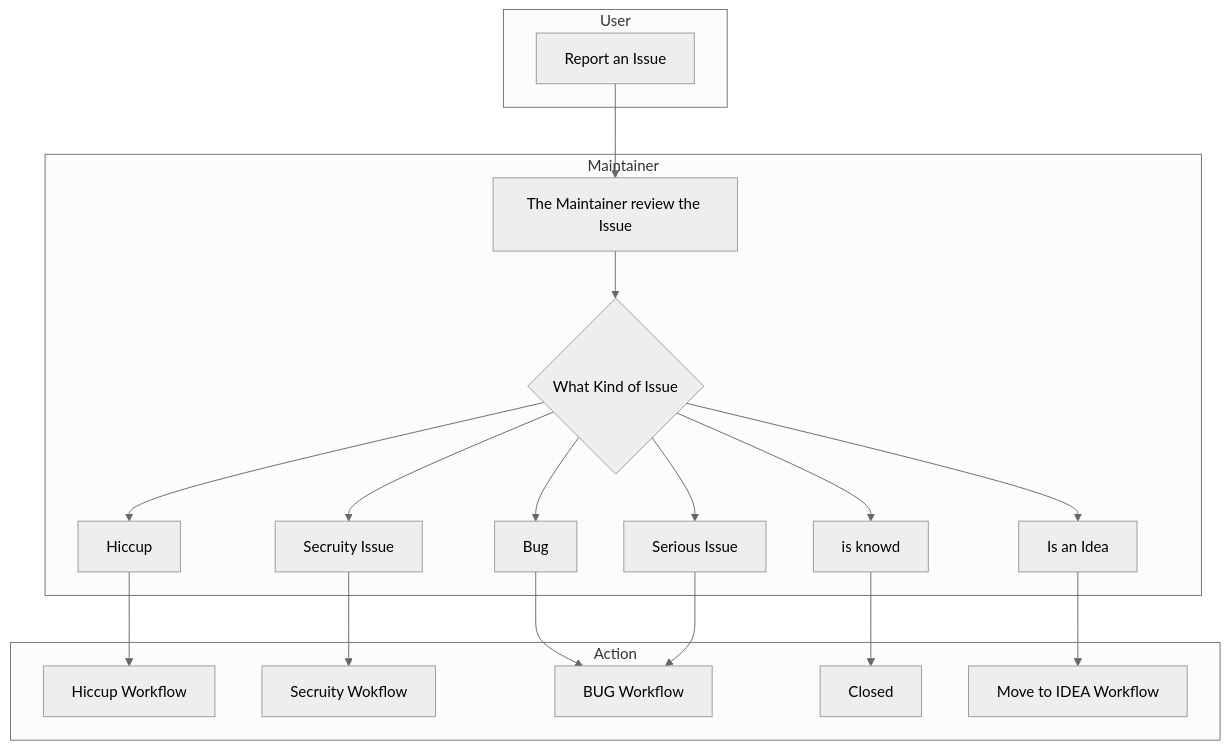
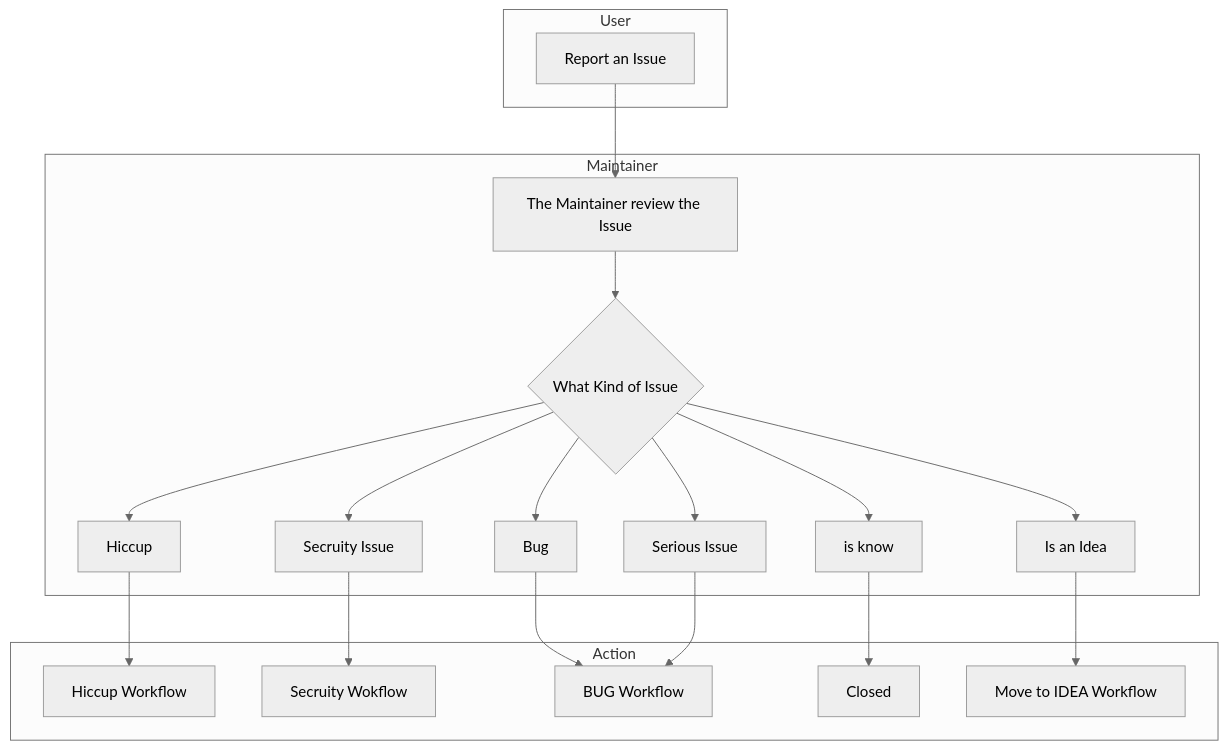
One commit to GFGMNET/Workspace changed the diagram in docs/workflow_issue.md. Above: the diagram before and after it, drawn with Mermaid (neutral theme).

````diff
--- a/docs/workflow_issue.md
+++ b/docs/workflow_issue.md
@@ -1,39 +1,39 @@
 ```mermaid
 flowchart TD
  subgraph User
   BUG[Report an Issue]
  end
  subgraph Maintainer
   RM[The Maintainer review the Issue]
   WIF{What Kind of Issue}
   SEC[Secruity Issue]
   DEA[Serious Issue]
   BUN[Bug]
   HIC[Hiccup]
   NOR[Is an Idea]
-  KNO[is knowd]
+  KNO[is know]
  end
  subgraph Action
   ADL[Hiccup Workflow]
   ASW[Secruity Wokflow]
   ABW[BUG Workflow]
   END[Closed]
   IDF[Move to IDEA Workflow]
  end
  
  BUG --> RM
  RM --> WIF
  WIF --> SEC
  WIF --> DEA
  WIF --> BUN
  WIF --> HIC
  WIF --> NOR
  WIF --> KNO
  HIC --> ADL
  BUN --> ABW
  DEA --> ABW
  SEC --> ASW
  NOR --> IDF
  KNO --> END
  
 ```
````
